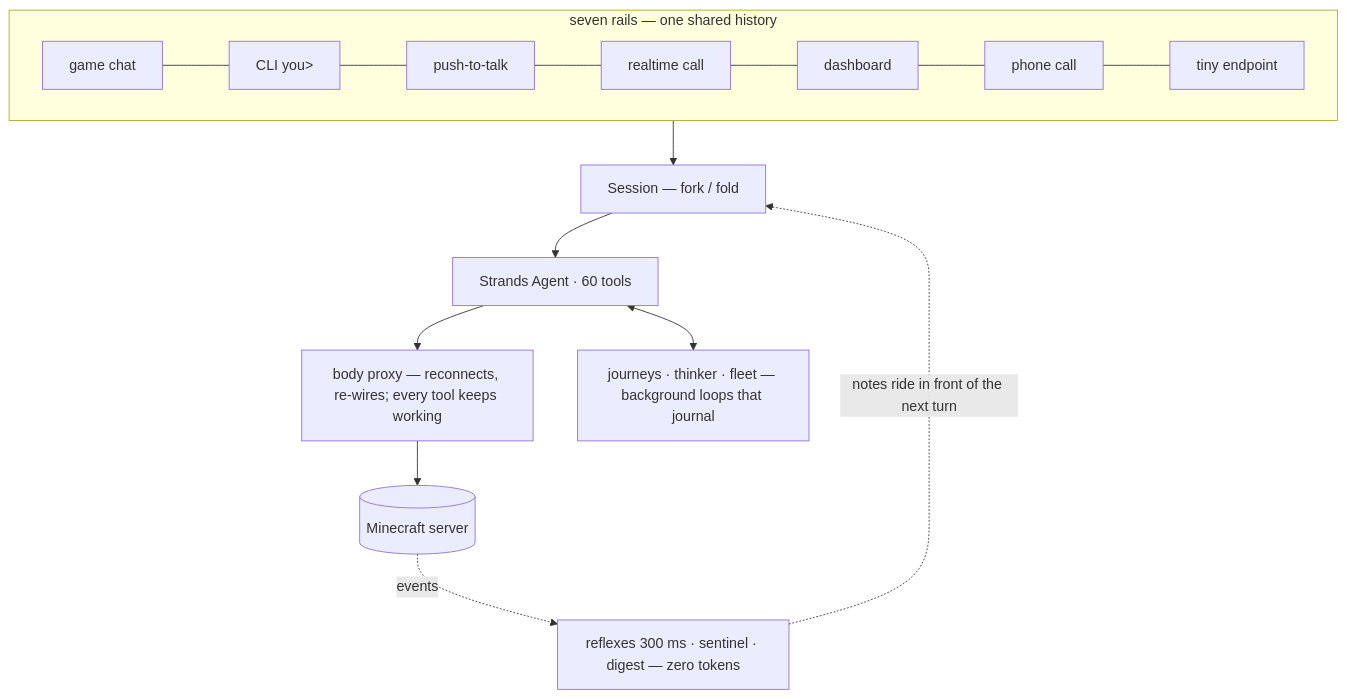
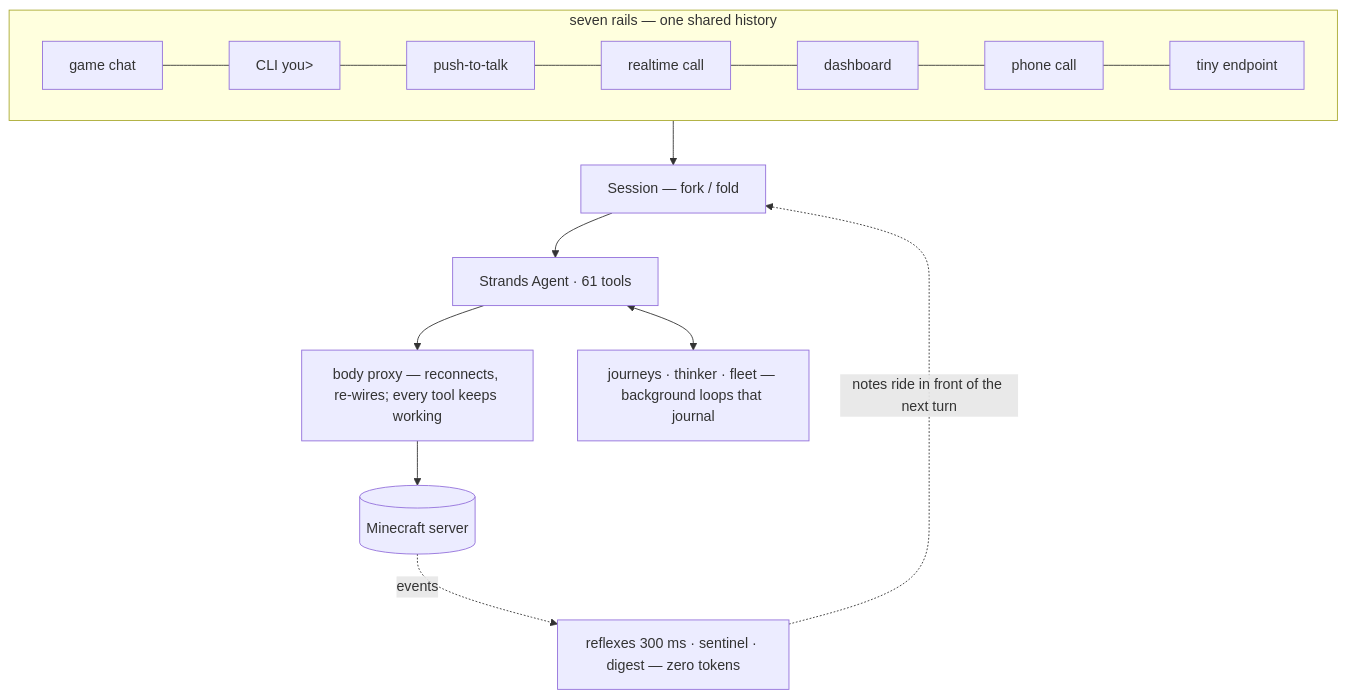
Before and after one commit to cagataycali/strands-minecraft: the diagram in README.md, drawn with Mermaid. The commit also changed other lines of this file and 8 other files, not shown here.

````diff
--- a/README.md
+++ b/README.md
@@ -150,14 +150,14 @@
 ```mermaid
 flowchart TB
   subgraph rails ["seven rails — one shared history"]
     direction LR
     chat["game chat"] --- cli["CLI you>"] --- ptt["push-to-talk"] --- call["realtime call"] --- web["dashboard"] --- phone["phone call"] --- tiny["tiny endpoint"]
   end
   rails --> S["Session — fork / fold"]
-  S --> A["Strands Agent · 60 tools"]
+  S --> A["Strands Agent · 61 tools"]
   A --> B["body proxy — reconnects, re-wires; every tool keeps working"]
   B --> MC[("Minecraft server")]
   MC -. events .-> R["reflexes 300 ms · sentinel · digest — zero tokens"]
   R -. notes ride in front of the next turn .-> S
   A <--> J["journeys · thinker · fleet — background loops that journal"]
 ```
````
